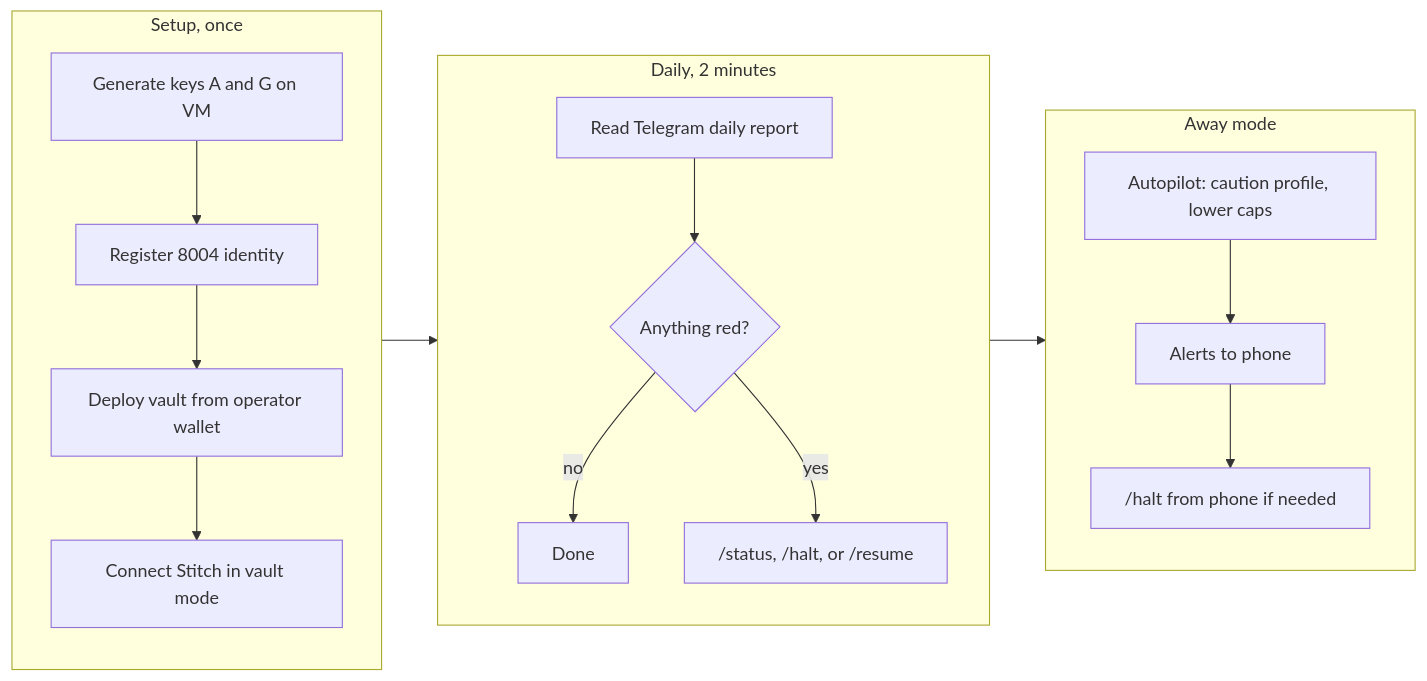
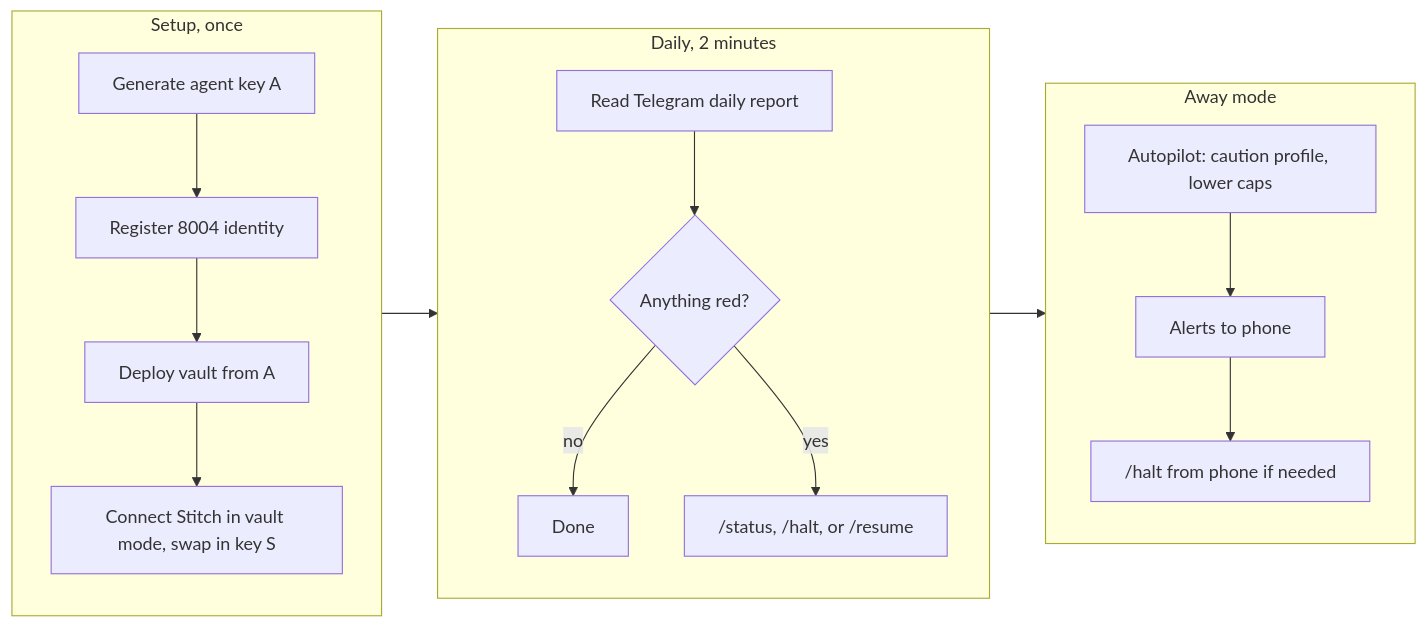
Diagram 14 of 16 in docs/ARCHITECTURE.md (Kanasjnr/naira-desk), drawn with Mermaid before and after one commit. The commit also changed other lines of this file, not shown here.

Commit message:
docs: update vault roles and settings

````diff
--- a/docs/ARCHITECTURE.md
+++ b/docs/ARCHITECTURE.md
@@ -488,18 +495,18 @@
 ```mermaid
 flowchart LR
   subgraph SETUP["Setup, once"]
-    K["Generate keys A and G on VM"] --> R1["Register 8004 identity"]
-    R1 --> D1["Deploy vault from operator wallet"]
-    D1 --> S1["Connect Stitch in vault mode"]
+    K["Generate agent key A"] --> R1["Register 8004 identity"]
+    R1 --> D1["Deploy vault from A"]
+    D1 --> S1["Connect Stitch in vault mode, swap in key S"]
   end
   subgraph DAILY["Daily, 2 minutes"]
     TG1["Read Telegram daily report"] --> CHK{"Anything red?"}
     CHK -->|no| DONE["Done"]
     CHK -->|yes| ACT["/status, /halt, or /resume"]
   end
   subgraph AWAY["Away mode"]
     AP["Autopilot: caution profile, lower caps"] --> AL["Alerts to phone"]
     AL --> KS["/halt from phone if needed"]
   end
   SETUP --> DAILY --> AWAY
 ```
````
